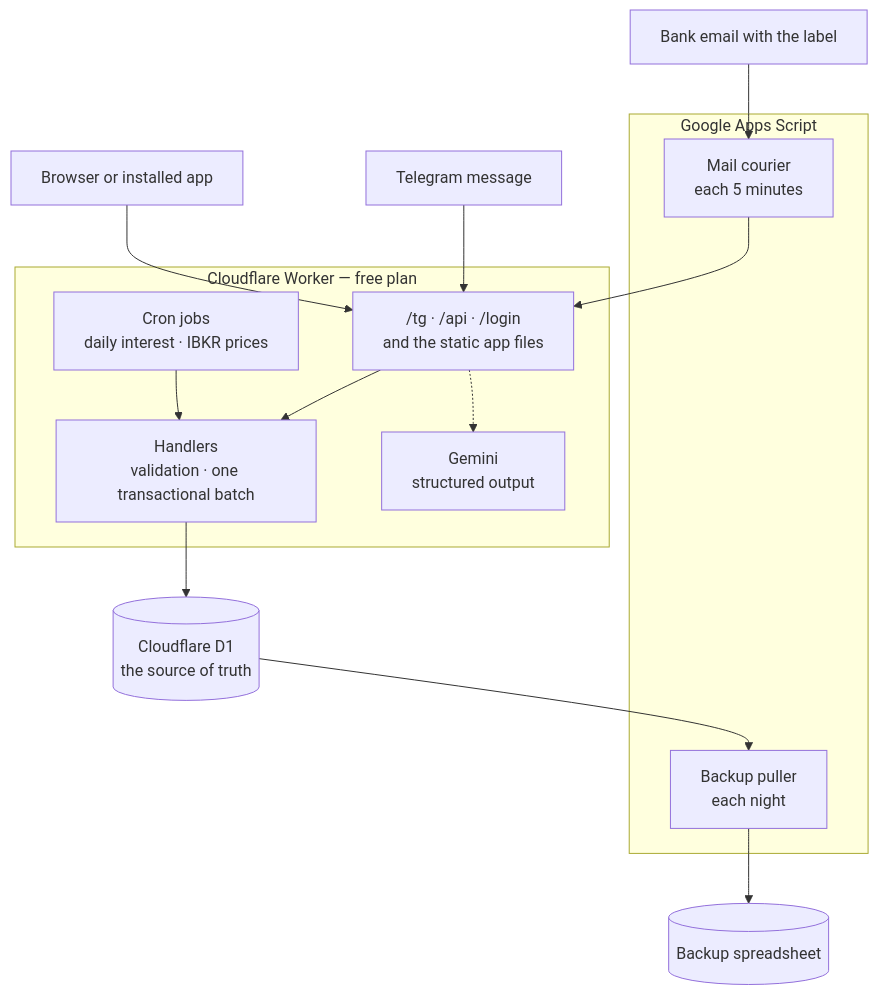
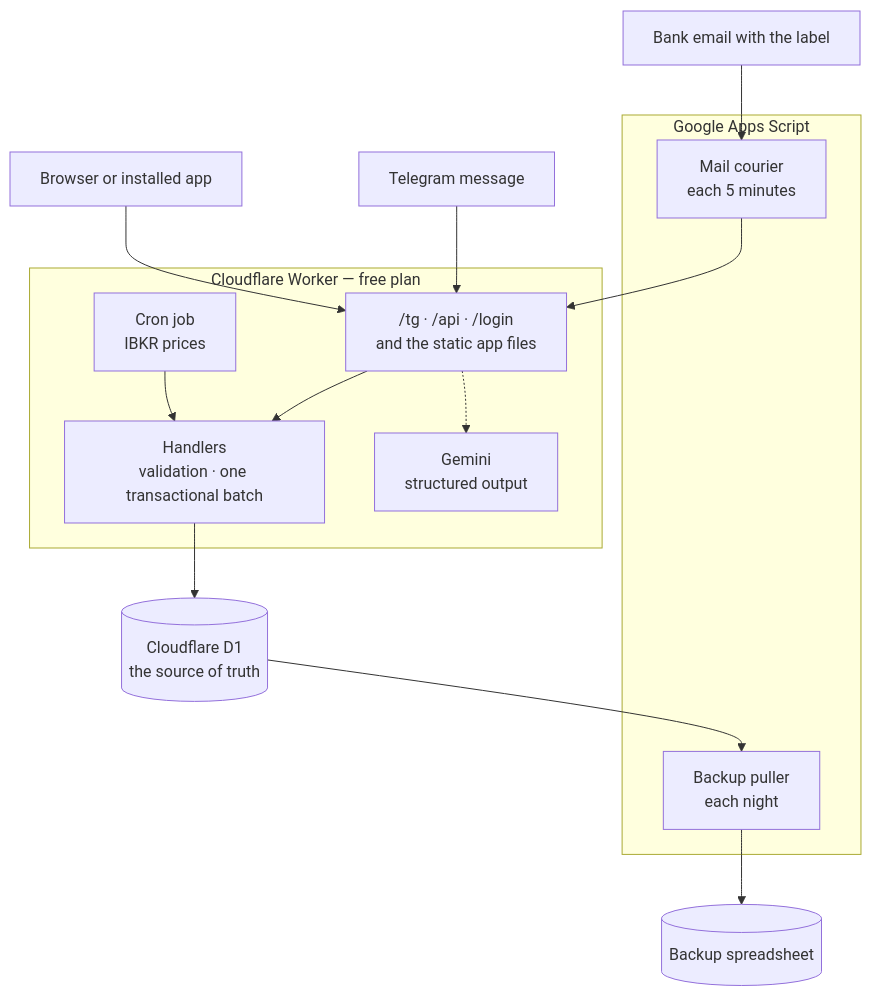
One commit to akaNiknok/FinanceTracker changed the diagram in README.md. Above: the diagram before and after it, drawn with Mermaid. The commit also changed other lines of this file and 8 other files, not shown here.

First line of the commit message:
v2.0.1: delete the daily-interest cron job

````diff
--- a/README.md
+++ b/README.md
@@ -22,31 +22,31 @@
 ```mermaid
 flowchart TB
     TG["Telegram message"]
     BR["Browser or installed app"]
     ML["Bank email with the label"]
 
     subgraph CF["Cloudflare Worker — free plan"]
         WK["/tg · /api · /login<br/>and the static app files"]
         SV["Handlers<br/>validation · one transactional batch"]
-        JB["Cron jobs<br/>daily interest · IBKR prices"]
+        JB["Cron job<br/>IBKR prices"]
         AI["Gemini<br/>structured output"]
     end
 
     subgraph GS["Google Apps Script"]
         CR["Mail courier<br/>each 5 minutes"]
         BK["Backup puller<br/>each night"]
     end
 
     DB[("Cloudflare D1<br/>the source of truth")]
     SS[("Backup spreadsheet")]
 
     TG --> WK
     BR --> WK
     ML --> CR
     CR --> WK
     WK --> SV
     JB --> SV
     WK -.-> AI
     SV --> DB
     DB --> BK --> SS
 ```
````
